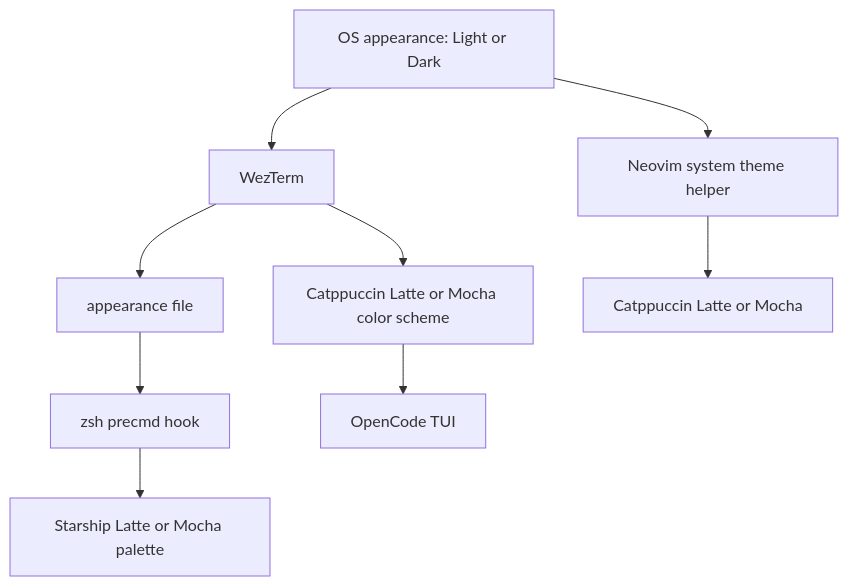
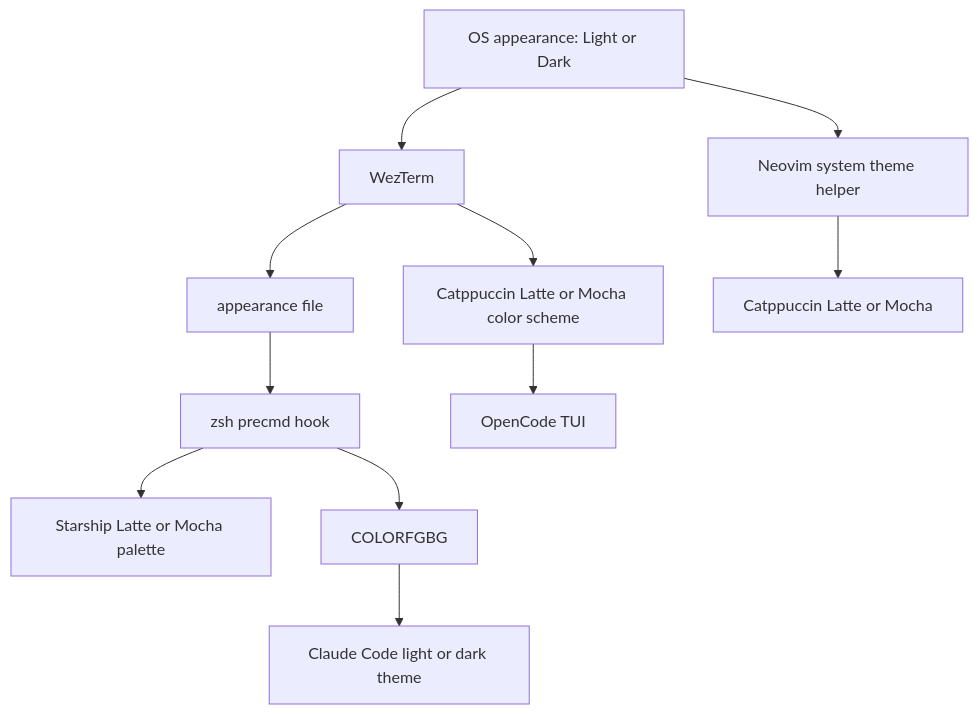
One commit to tihaya-anon/tihaya-anon.github.io changed the diagram in content/blogs/config/system-theme/index.md. Above: the diagram before and after it, drawn with Mermaid. The commit also changed other lines of this file and 1 other file, not shown here.

Commit message:
docs(theme): cover Claude Code, WSL default, and tab renaming

```diff
--- a/content/blogs/config/system-theme/index.md
+++ b/content/blogs/config/system-theme/index.md
@@ -78,11 +79,13 @@
 {{< mermaid >}}
 flowchart TB
     A["OS appearance: Light or Dark"] --> B["WezTerm"]
     B --> C["Catppuccin Latte or Mocha color scheme"]
     B --> D["appearance file"]
     D --> E["zsh precmd hook"]
     E --> F["Starship Latte or Mocha palette"]
+    E --> J["COLORFGBG"]
+    J --> K["Claude Code light or dark theme"]
     C --> G["OpenCode TUI"]
     A --> H["Neovim system theme helper"]
     H --> I["Catppuccin Latte or Mocha"]
 {{< /mermaid >}}
```
